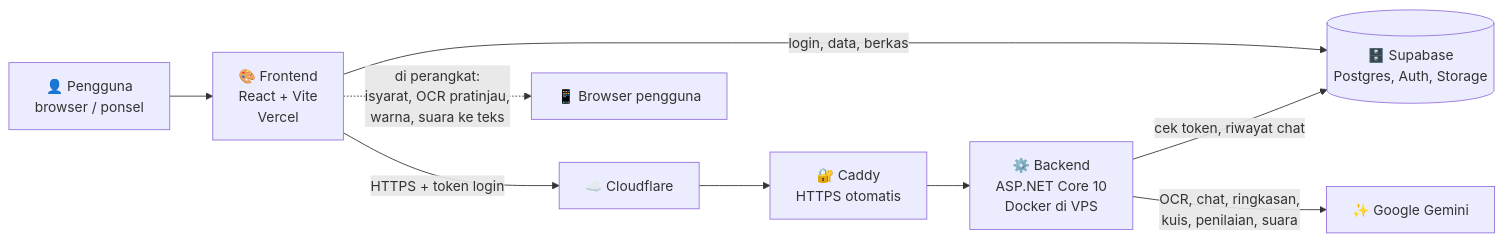
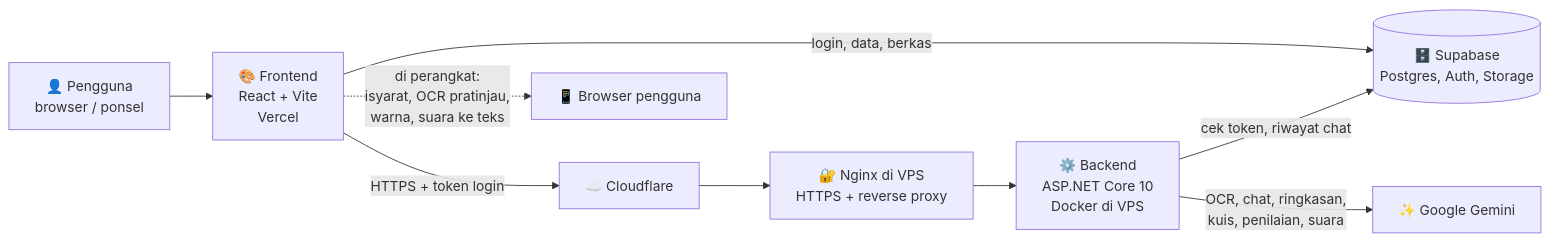
The seventh of 11 diagrams in README.md (MuhammadHadistRifannan/Hope-AI), drawn with Mermaid before and after one commit. The commit also changed other lines of this file and 3 other files, not shown here.

Commit message:
Deploy VPS: backend di 127.0.0.1:8282 di balik nginx, Caddy dihapus

````diff
--- a/README.md
+++ b/README.md
@@ -236,11 +236,11 @@
 ```mermaid
 flowchart LR
     U["👤 Pengguna<br/>browser / ponsel"] --> FE["🎨 Frontend<br/>React + Vite<br/>Vercel"]
     FE -->|"login, data, berkas"| SB[("🗄️ Supabase<br/>Postgres, Auth, Storage")]
     FE -->|"HTTPS + token login"| CF["☁️ Cloudflare"]
-    CF --> CADDY["🔐 Caddy<br/>HTTPS otomatis"]
-    CADDY --> BE["⚙️ Backend<br/>ASP.NET Core 10<br/>Docker di VPS"]
+    CF --> NGINX["🔐 Nginx di VPS<br/>HTTPS + reverse proxy"]
+    NGINX --> BE["⚙️ Backend<br/>ASP.NET Core 10<br/>Docker di VPS"]
     BE -->|"cek token, riwayat chat"| SB
     BE -->|"OCR, chat, ringkasan,<br/>kuis, penilaian, suara"| AI["✨ Google Gemini"]
     FE -.->|"di perangkat:<br/>isyarat, OCR pratinjau,<br/>warna, suara ke teks"| DEV["📱 Browser pengguna"]
 ```
````
